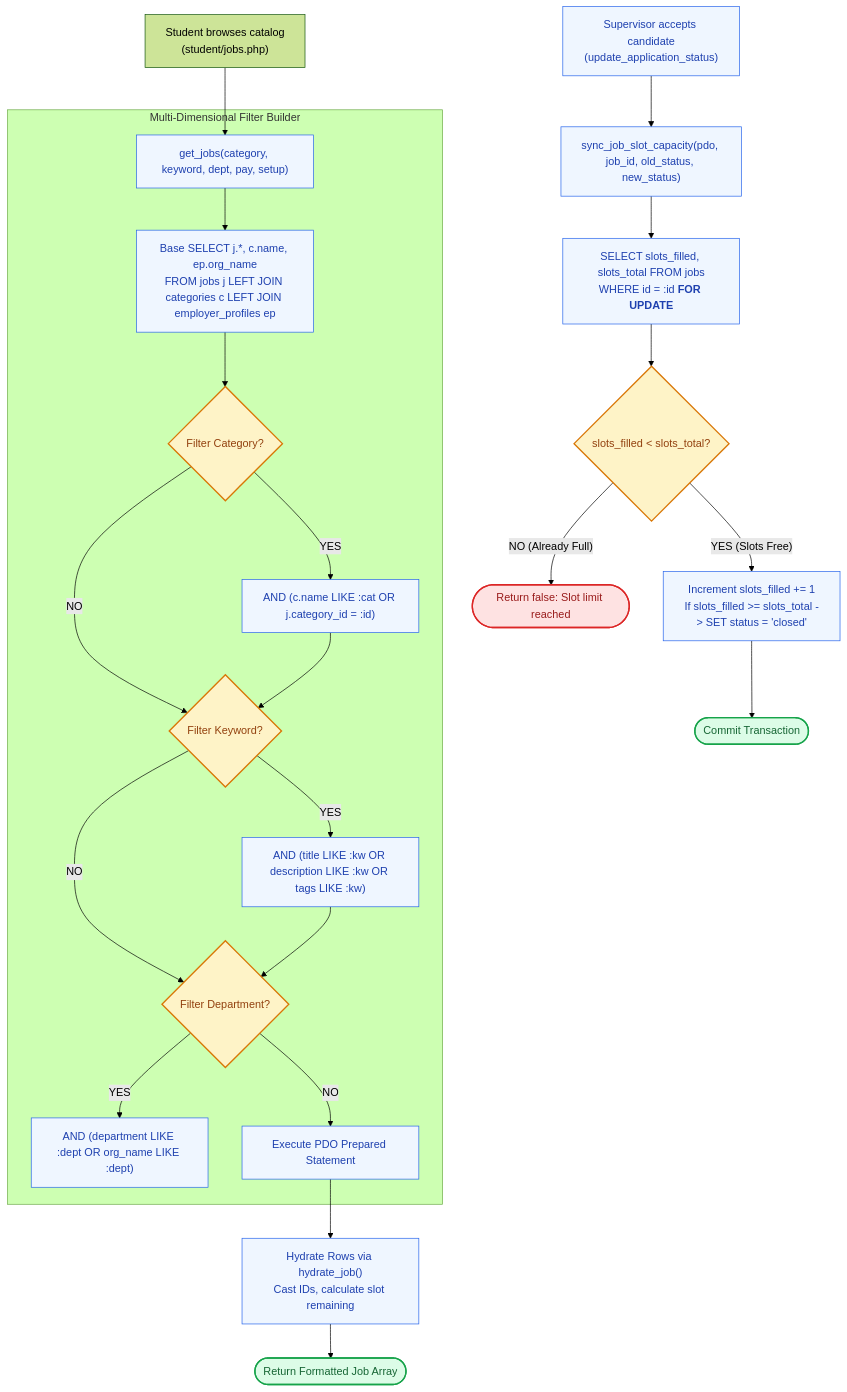
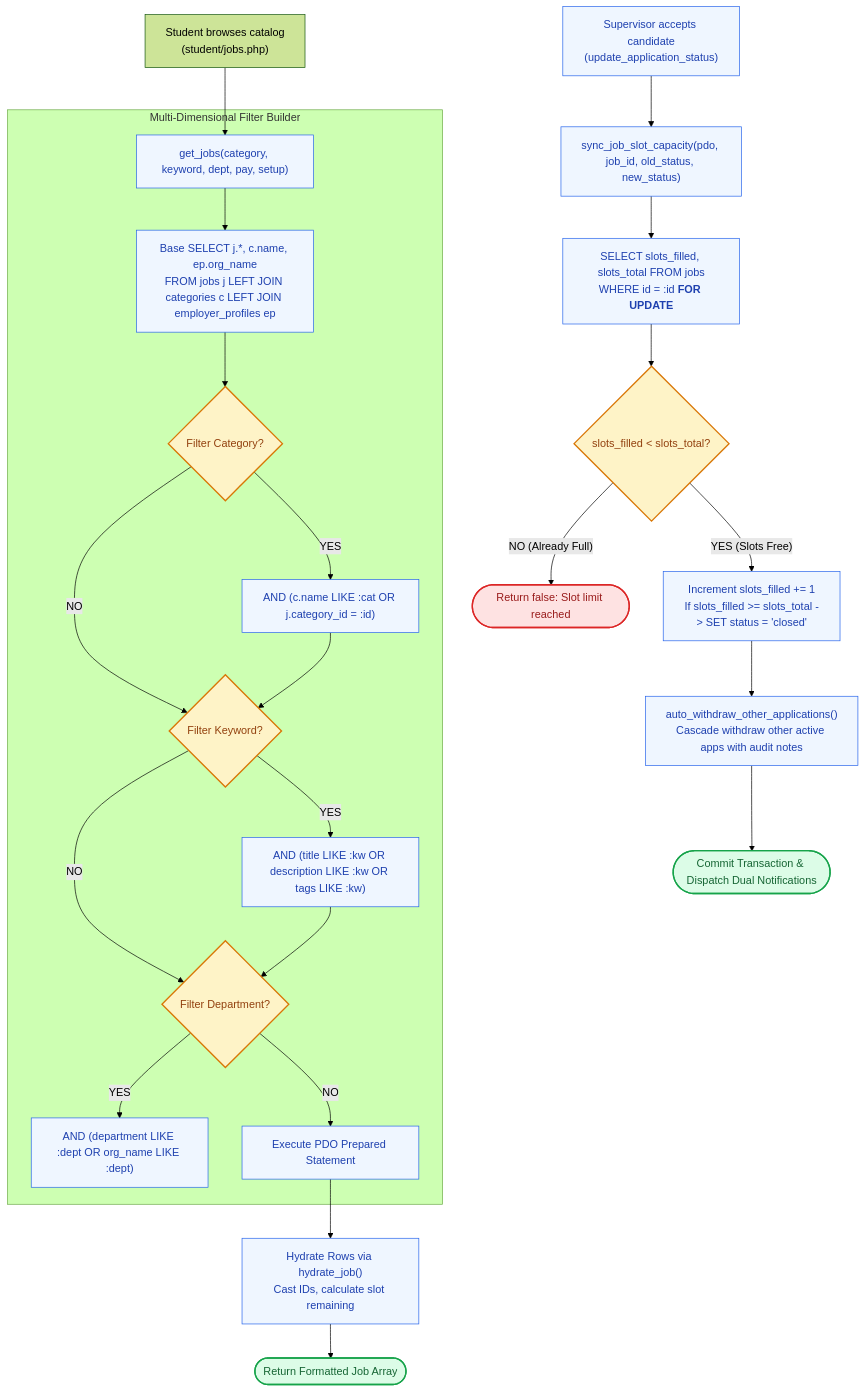
The diagram in docs/codebase/includes/services/job-service.php.md (AlwinsonTGM/Campus-Job-Posting-System), drawn with Mermaid (forest theme) before and after one commit. The commit also changed other lines of this file and 61 other files, not shown here.

````diff
--- a/docs/codebase/includes/services/job-service.php.md
+++ b/docs/codebase/includes/services/job-service.php.md
@@ -41,41 +41,42 @@
 ```mermaid
 flowchart TD
     CatalogReq["Student browses catalog<br/>(student/jobs.php)"] --> SearchReq["get_jobs(category, keyword, dept, pay, setup)"]
 
     subgraph FacetedQueryEngine ["Multi-Dimensional Filter Builder"]
         SearchReq --> Q_Base["Base SELECT j.*, c.name, ep.org_name<br/>FROM jobs j LEFT JOIN categories c LEFT JOIN employer_profiles ep"]
         Q_Base --> Q_Cat{"Filter Category?"}
         Q_Cat -- "YES" --> ParamCat["AND (c.name LIKE :cat OR j.category_id = :id)"]
         Q_Cat -- "NO" --> Q_Key{"Filter Keyword?"}
         
         ParamCat --> Q_Key
         Q_Key -- "YES" --> ParamKey["AND (title LIKE :kw OR description LIKE :kw OR tags LIKE :kw)"]
         Q_Key -- "NO" --> Q_Dept{"Filter Department?"}
         
         ParamKey --> Q_Dept
         Q_Dept -- "YES" --> ParamDept["AND (department LIKE :dept OR org_name LIKE :dept)"]
         Q_Dept -- "NO" --> Q_Exec["Execute PDO Prepared Statement"]
     end
 
     Q_Exec --> Hydrate["Hydrate Rows via hydrate_job()<br/>Cast IDs, calculate slot remaining"]
     Hydrate --> ReturnJobs(["Return Formatted Job Array"])
 
     %% Transactional Slot Sync Engine
     HireEvent["Supervisor accepts candidate<br/>(update_application_status)"] --> SyncCall["sync_job_slot_capacity(pdo, job_id, old_status, new_status)"]
     SyncCall --> LockRow["SELECT slots_filled, slots_total FROM jobs<br/>WHERE id = :id <b>FOR UPDATE</b>"]
     LockRow --> CheckCapacity{"slots_filled < slots_total?"}
     CheckCapacity -- "NO (Already Full)" --> RejectHire(["Return false: Slot limit reached"])
     CheckCapacity -- "YES (Slots Free)" --> IncrementSlot["Increment slots_filled += 1<br/>If slots_filled >= slots_total -> SET status = 'closed'"]
-    IncrementSlot --> CommitHire(["Commit Transaction"])
+    IncrementSlot --> AutoWithdrawCall["auto_withdraw_other_applications()<br/>Cascade withdraw other active apps with audit notes"]
+    AutoWithdrawCall --> CommitHire(["Commit Transaction & Dispatch Dual Notifications"])
 
     %% Semantic styling
     classDef step fill:#EFF6FF,stroke:#2563EB,stroke-width:1px,color:#1E40AF;
     classDef check fill:#FEF3C7,stroke:#D97706,stroke-width:2px,color:#92400E;
     classDef done fill:#DCFCE7,stroke:#16A34A,stroke-width:2px,color:#166534;
     classDef reject fill:#FEE2E2,stroke:#DC2626,stroke-width:2px,color:#991B1B;
 
-    class SearchReq,Q_Base,ParamCat,ParamKey,ParamDept,Q_Exec,Hydrate,HireEvent,SyncCall,LockRow,IncrementSlot step;
+    class SearchReq,Q_Base,ParamCat,ParamKey,ParamDept,Q_Exec,Hydrate,HireEvent,SyncCall,LockRow,IncrementSlot,AutoWithdrawCall step;
     class Q_Cat,Q_Key,Q_Dept,CheckCapacity check;
     class ReturnJobs,CommitHire done;
     class RejectHire reject;
 ```
````
